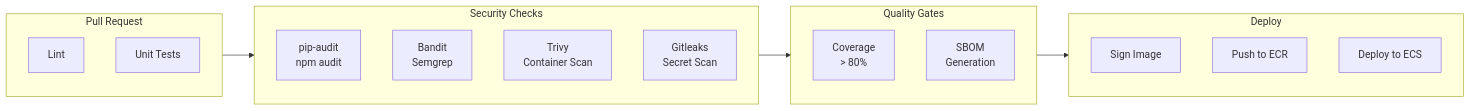
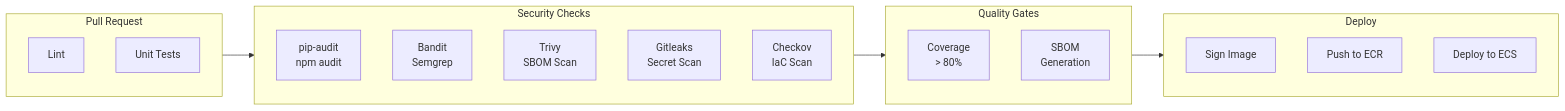
One commit to Walsen/devsecops-poc changed the ninth of 20 diagrams in docs/security.md. Above: the diagram before and after it, drawn with Mermaid. The commit also changed other lines of this file and 42 other files, not shown here.

````diff
--- a/docs/security.md
+++ b/docs/security.md
@@ -263,27 +263,28 @@
 ```mermaid
 flowchart LR
     subgraph PR["Pull Request"]
         LINT["Lint"]
         TEST["Unit Tests"]
     end
 
     subgraph Security["Security Checks"]
         AUDIT["pip-audit<br/>npm audit"]
         BANDIT["Bandit<br/>Semgrep"]
-        TRIVY["Trivy<br/>Container Scan"]
+        TRIVY["Trivy<br/>SBOM Scan"]
         GITLEAKS["Gitleaks<br/>Secret Scan"]
+        CHECKOV["Checkov<br/>IaC Scan"]
     end
 
     subgraph Quality["Quality Gates"]
         COV["Coverage<br/>> 80%"]
         SBOM2["SBOM<br/>Generation"]
     end
 
     subgraph Deploy2["Deploy"]
         SIGN2["Sign Image"]
         PUSH["Push to ECR"]
         DEPLOY["Deploy to ECS"]
     end
 
     PR --> Security --> Quality --> Deploy2
 ```
````
